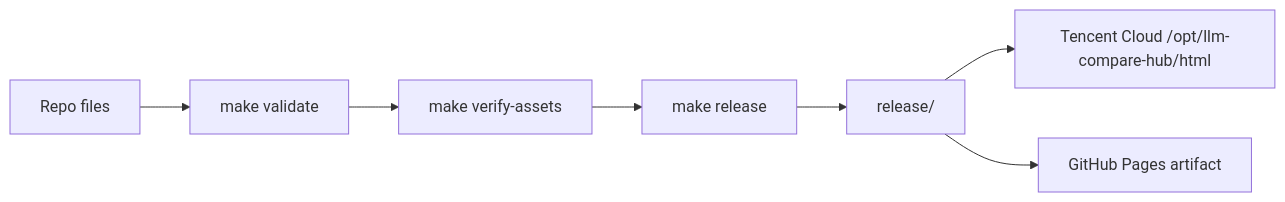
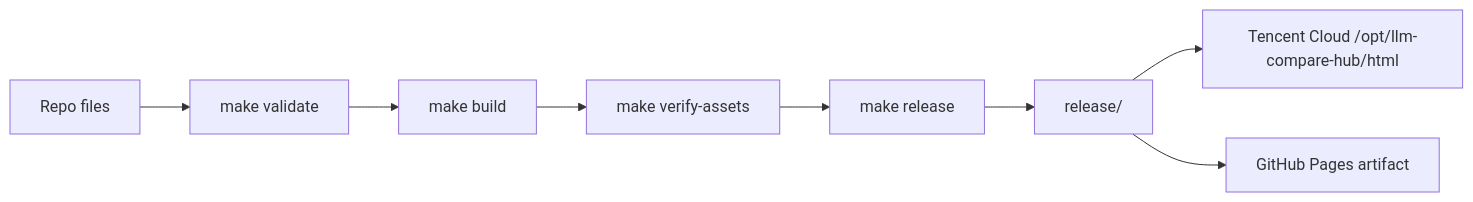
The diagram in README.md (zjgulai/llm-compare-hub), drawn with Mermaid before and after one commit. The commit also changed other lines of this file and 5 other files, not shown here.

````diff
--- a/README.md
+++ b/README.md
@@ -41,9 +45,10 @@
 ```mermaid
 flowchart LR
   A["Repo files"] --> B["make validate"]
-  B --> C["make verify-assets"]
-  C --> D["make release"]
-  D --> E["release/"]
-  E --> F["Tencent Cloud /opt/llm-compare-hub/html"]
-  E --> G["GitHub Pages artifact"]
+  B --> C["make build"]
+  C --> D["make verify-assets"]
+  D --> E["make release"]
+  E --> F["release/"]
+  F --> G["Tencent Cloud /opt/llm-compare-hub/html"]
+  F --> H["GitHub Pages artifact"]
 ```
````
